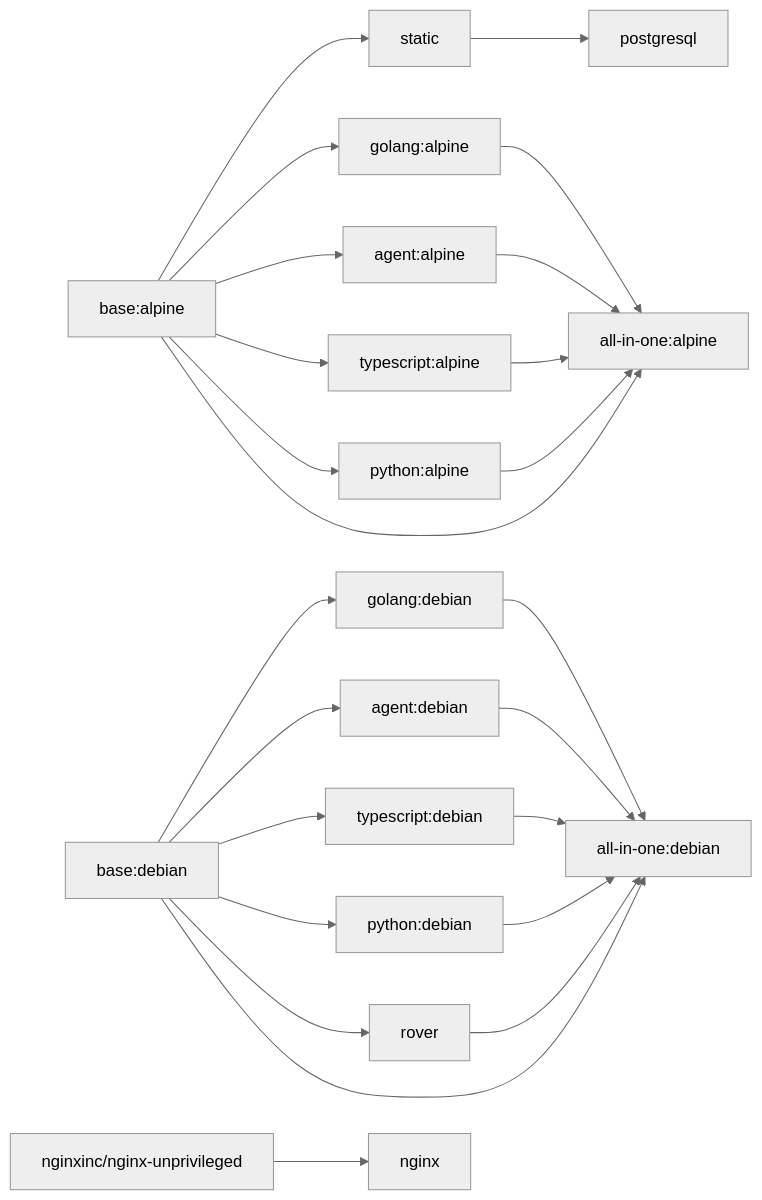
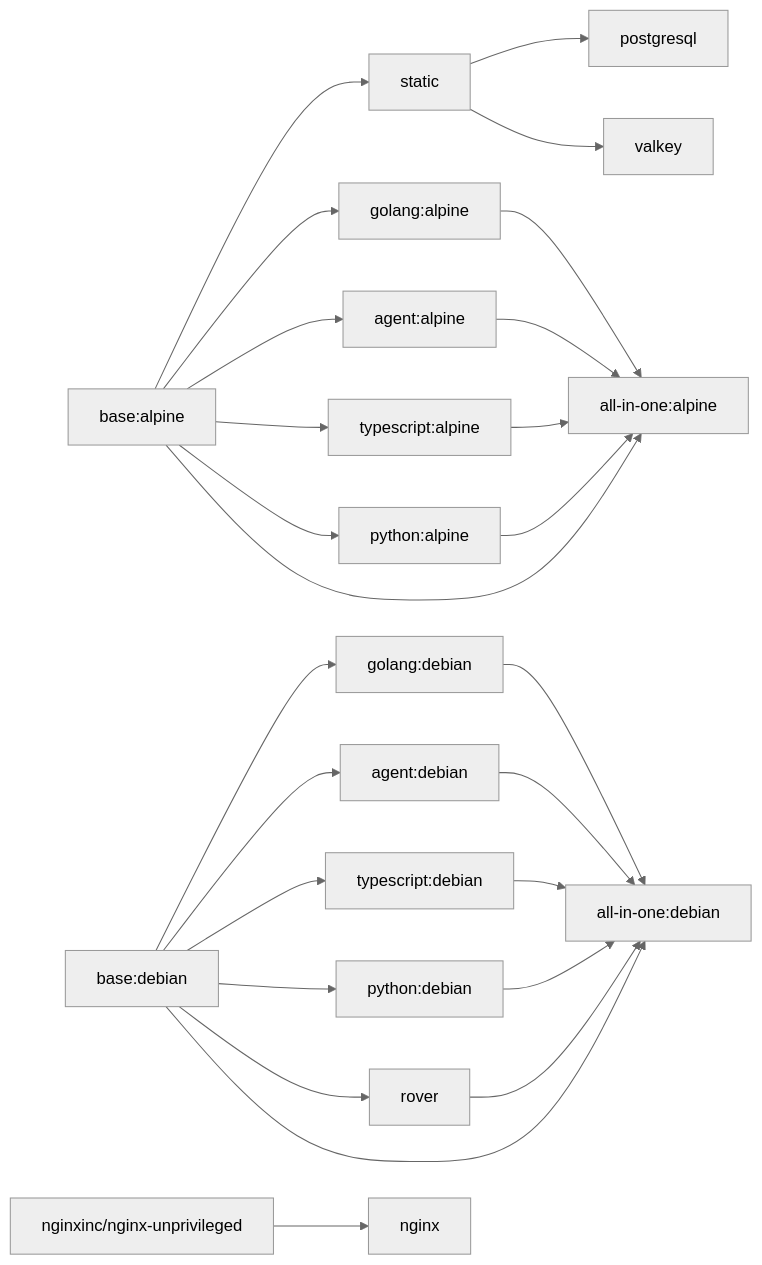
One commit to pyck-ai/baseimages changed the diagram in README.md. Above: the diagram before and after it, drawn with Mermaid (neutral theme). The commit also changed other lines of this file and 5 other files, not shown here.

````diff
--- a/README.md
+++ b/README.md
@@ -126,34 +127,35 @@
 ```mermaid
 graph LR
   base-alpine["base:alpine"]
   base-debian["base:debian"]
   nginx-base["nginxinc/nginx-unprivileged"]
 
   base-alpine --> static
   base-alpine --> golang-alpine["golang:alpine"]
   base-alpine --> agent-alpine["agent:alpine"]
   base-alpine --> typescript-alpine["typescript:alpine"]
   base-alpine --> python-alpine["python:alpine"]
 
   base-debian --> golang-debian["golang:debian"]
   base-debian --> agent-debian["agent:debian"]
   base-debian --> typescript-debian["typescript:debian"]
   base-debian --> python-debian["python:debian"]
   base-debian --> rover
 
   base-alpine --> aio-alpine["all-in-one:alpine"]
   golang-alpine --> aio-alpine
   agent-alpine --> aio-alpine
   typescript-alpine --> aio-alpine
   python-alpine --> aio-alpine
 
   base-debian --> aio-debian["all-in-one:debian"]
   golang-debian --> aio-debian
   agent-debian --> aio-debian
   typescript-debian --> aio-debian
   rover --> aio-debian
   python-debian --> aio-debian
 
   nginx-base --> nginx
   static --> postgresql
+  static --> valkey
 ```
````
